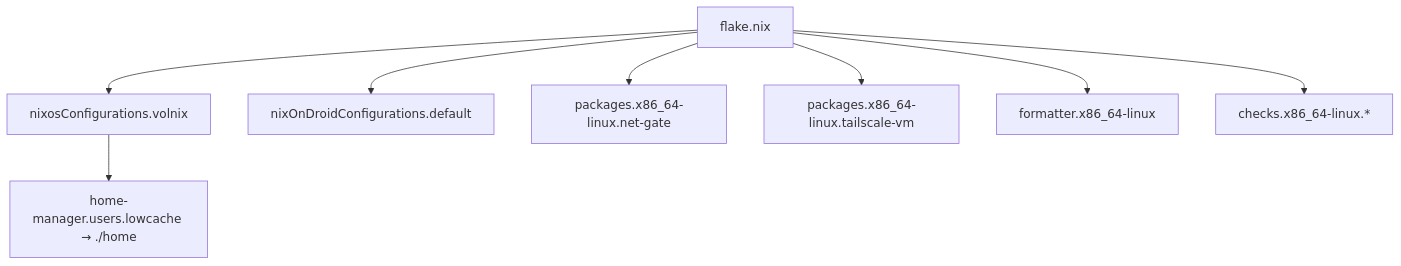
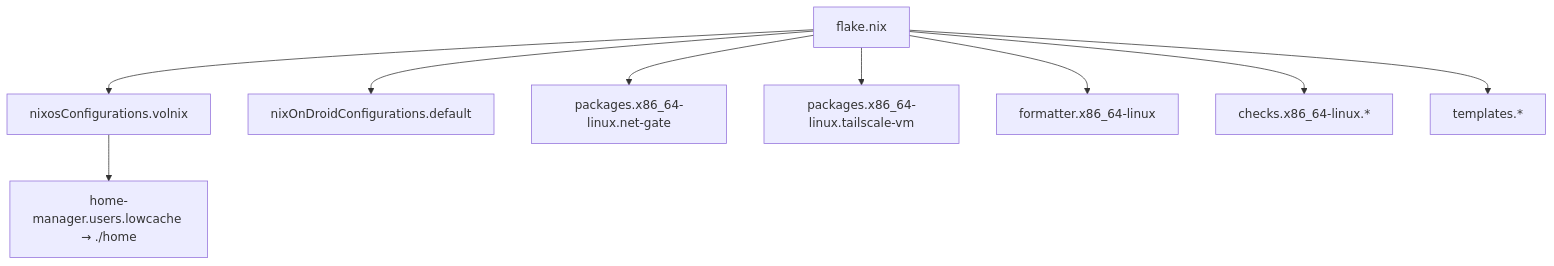
Before and after one commit to lowcache/volnixos-wiki: the diagram in content/en/reference/flake.md, drawn with Mermaid. The commit also changed other lines of this file and 36 other files, not shown here.

````diff
--- a/content/en/reference/flake.md
+++ b/content/en/reference/flake.md
@@ -51,10 +59,11 @@
 ```mermaid
 graph TD
     F["flake.nix"] --> V["nixosConfigurations.volnix"]
     F --> D["nixOnDroidConfigurations.default"]
     F --> NG["packages.x86_64-linux.net-gate"]
     F --> TS["packages.x86_64-linux.tailscale-vm"]
     F --> FM["formatter.x86_64-linux"]
     F --> CK["checks.x86_64-linux.*"]
+    F --> T["templates.*"]
     V --> HM["home-manager.users.lowcache → ./home"]
 ```
````
